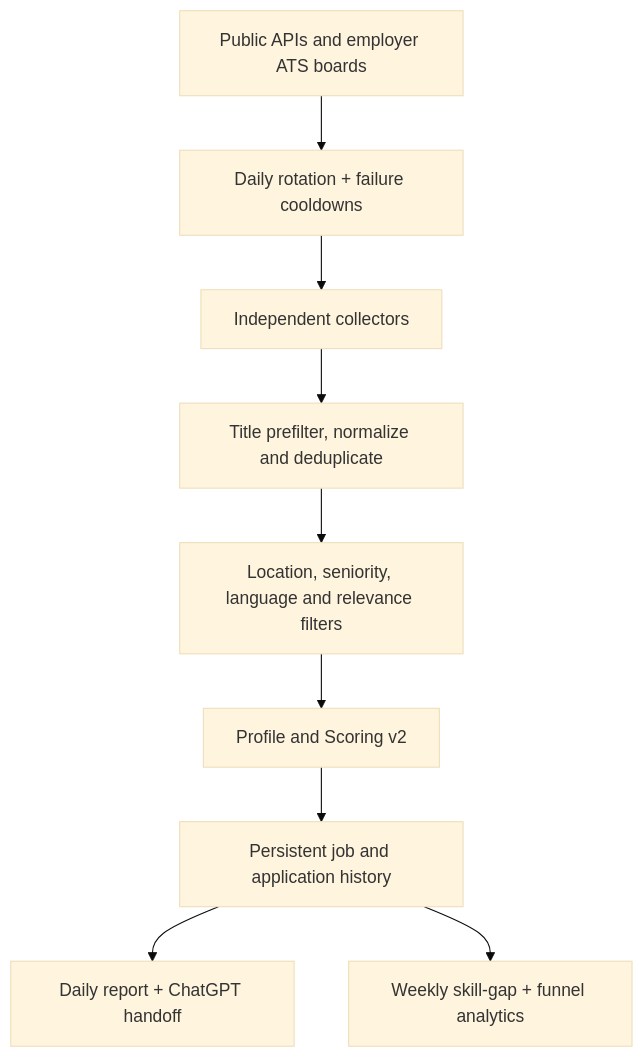
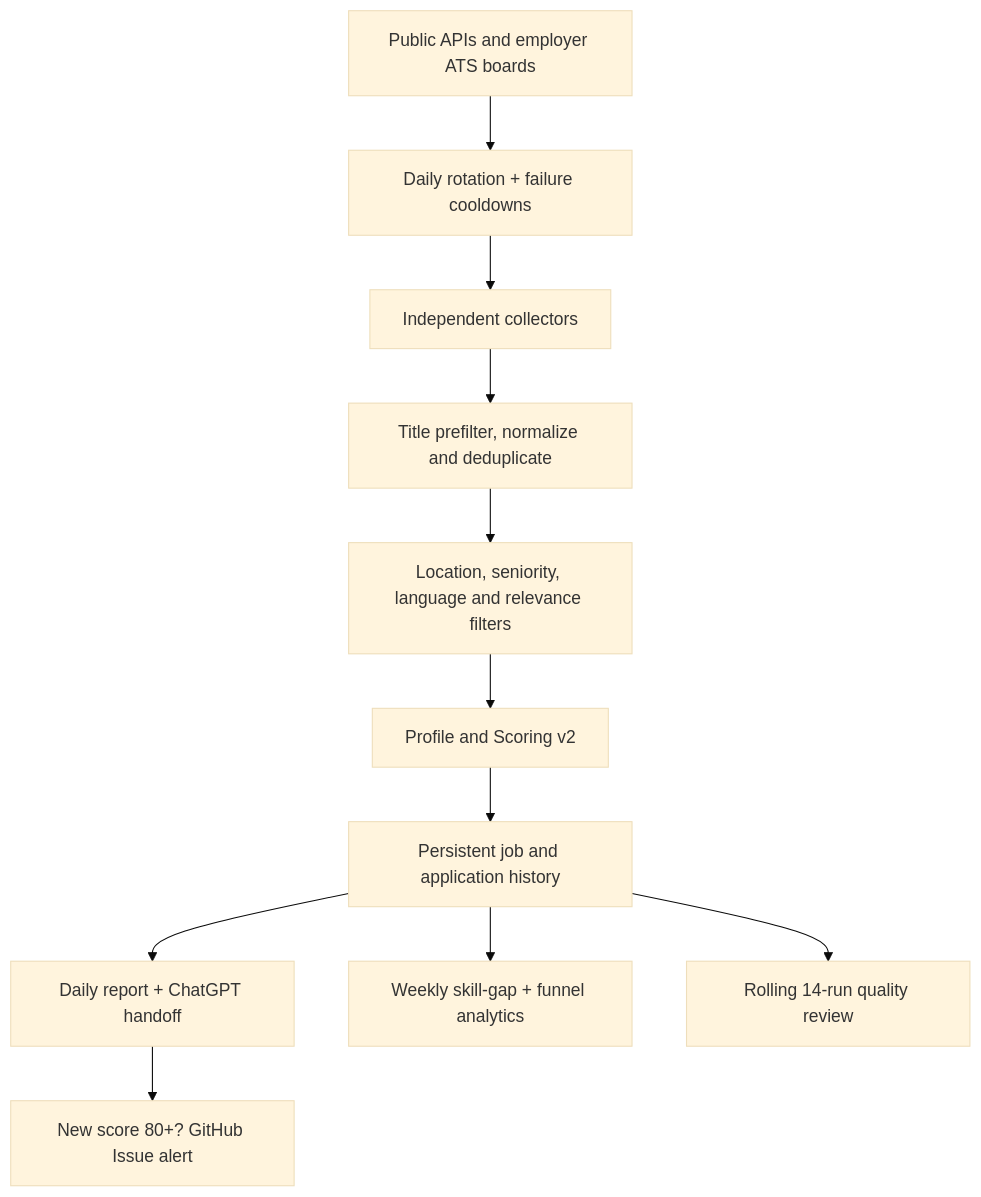
One commit to bsdevda/cyber-job-radar changed the diagram in README.md. Above: the diagram before and after it, drawn with Mermaid (base theme). The commit also changed other lines of this file and 14 other files, not shown here.

````diff
--- a/README.md
+++ b/README.md
@@ -51,11 +63,13 @@
 ```mermaid
 flowchart TD
     A["Public APIs and employer ATS boards"] --> B["Daily rotation + failure cooldowns"]
     B --> C0["Independent collectors"]
     C0 --> C["Title prefilter, normalize and deduplicate"]
     C --> D["Location, seniority, language and relevance filters"]
     D --> E["Profile and Scoring v2"]
     E --> F["Persistent job and application history"]
     F --> G["Daily report + ChatGPT handoff"]
+    G --> I["New score 80+? GitHub Issue alert"]
     F --> H["Weekly skill-gap + funnel analytics"]
+    F --> J["Rolling 14-run quality review"]
 ```
````
